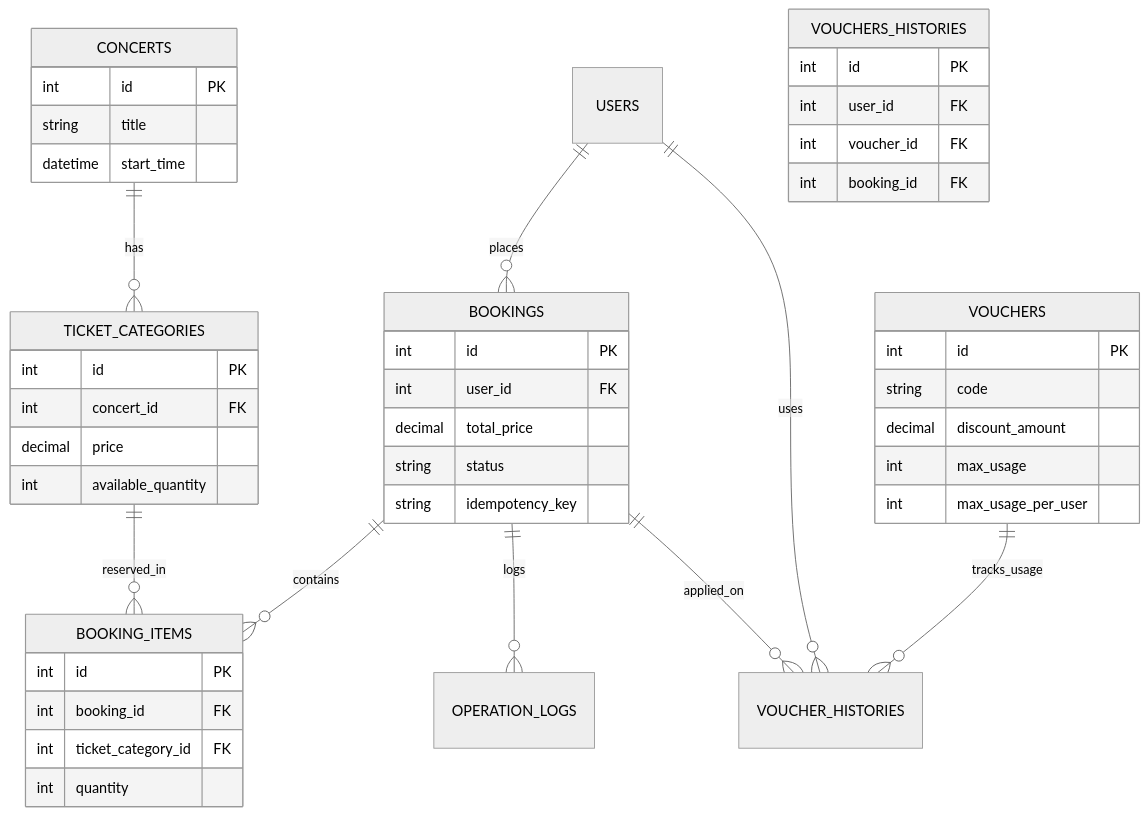
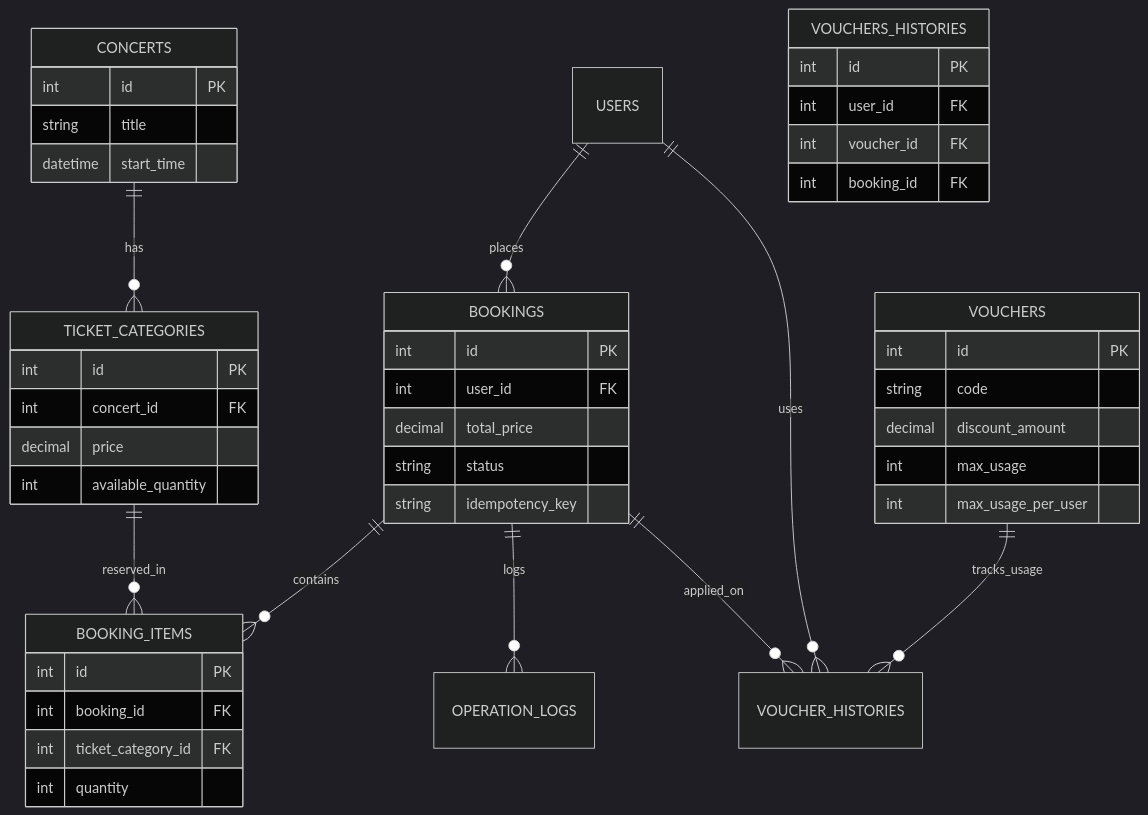
The second of 2 diagrams in README.md (trungksdoa/Tech-Assessment), drawn with Mermaid before and after one commit. The commit also changed other lines of this file and 1 other file, not shown here.

Commit message:
chore: change mermaid theme to dark for better visibility

````diff
--- a/README.md
+++ b/README.md
@@ -59,55 +59,55 @@
 ```mermaid
-%%{init: {'theme': 'neutral'}}%%
+%%{init: {'theme': 'dark'}}%%
 erDiagram
     CONCERTS ||--o{ TICKET_CATEGORIES : "has"
     USERS ||--o{ BOOKINGS : "places"
     BOOKINGS ||--o{ BOOKING_ITEMS : "contains"
     TICKET_CATEGORIES ||--o{ BOOKING_ITEMS : "reserved_in"
     VOUCHERS ||--o{ VOUCHER_HISTORIES : "tracks_usage"
     USERS ||--o{ VOUCHER_HISTORIES : "uses"
     BOOKINGS ||--o{ VOUCHER_HISTORIES : "applied_on"
     BOOKINGS ||--o{ OPERATION_LOGS : "logs"
 
     CONCERTS {
         int id PK
         string title
         datetime start_time
     }
     
     TICKET_CATEGORIES {
         int id PK
         int concert_id FK
         decimal price
         int available_quantity
     }
     
     BOOKINGS {
         int id PK
         int user_id FK
         decimal total_price
         string status
         string idempotency_key
     }
     
     BOOKING_ITEMS {
         int id PK
         int booking_id FK
         int ticket_category_id FK
         int quantity
     }
     
     VOUCHERS {
         int id PK
         string code
         decimal discount_amount
         int max_usage
         int max_usage_per_user
     }
     
     VOUCHERS_HISTORIES {
         int id PK
         int user_id FK
         int voucher_id FK
         int booking_id FK
     }
 ```
````
